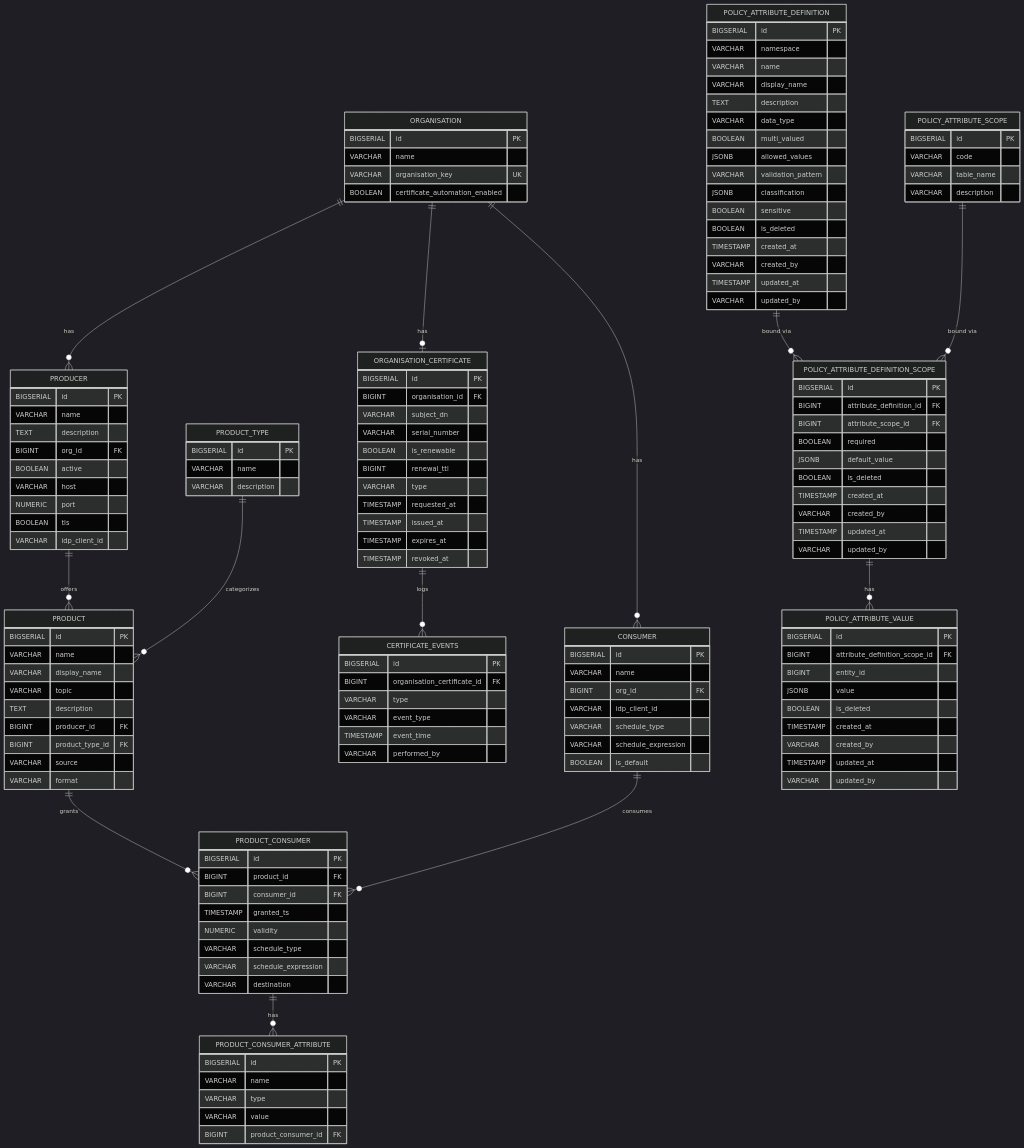
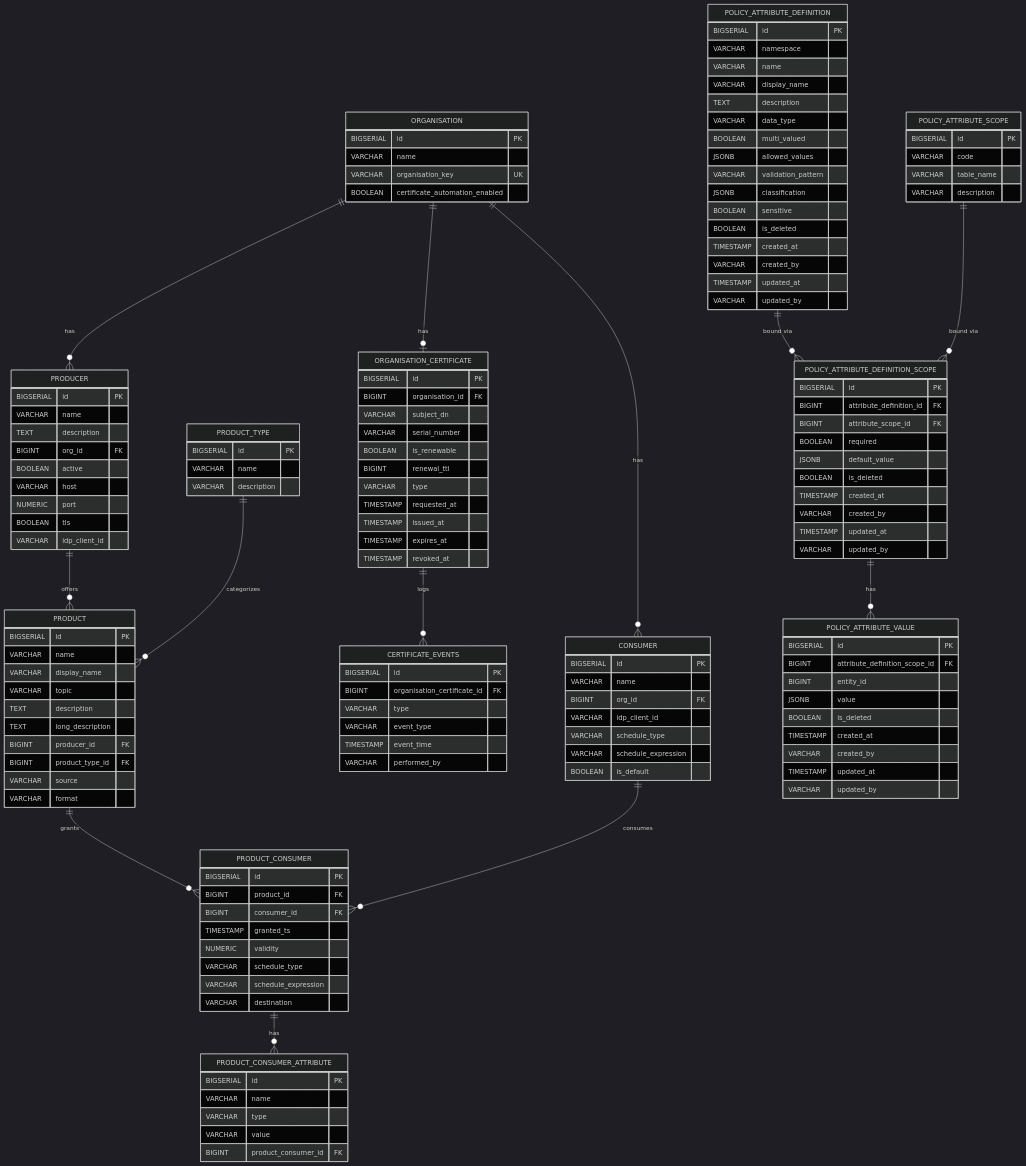
The diagram in docs/DATABASE_SCHEMA.md (National-Node-Net/management-node), drawn with Mermaid (dark theme) before and after one commit. The commit also changed other lines of this file and 26 other files, not shown here.

Commit message:
feat(dpav-3442): add a long description to products

```diff
--- a/docs/DATABASE_SCHEMA.md
+++ b/docs/DATABASE_SCHEMA.md
@@ -81,6 +81,7 @@
     VARCHAR display_name
     VARCHAR topic
     TEXT description
+    TEXT long_description
     BIGINT producer_id FK
     BIGINT product_type_id FK
     VARCHAR source
```
